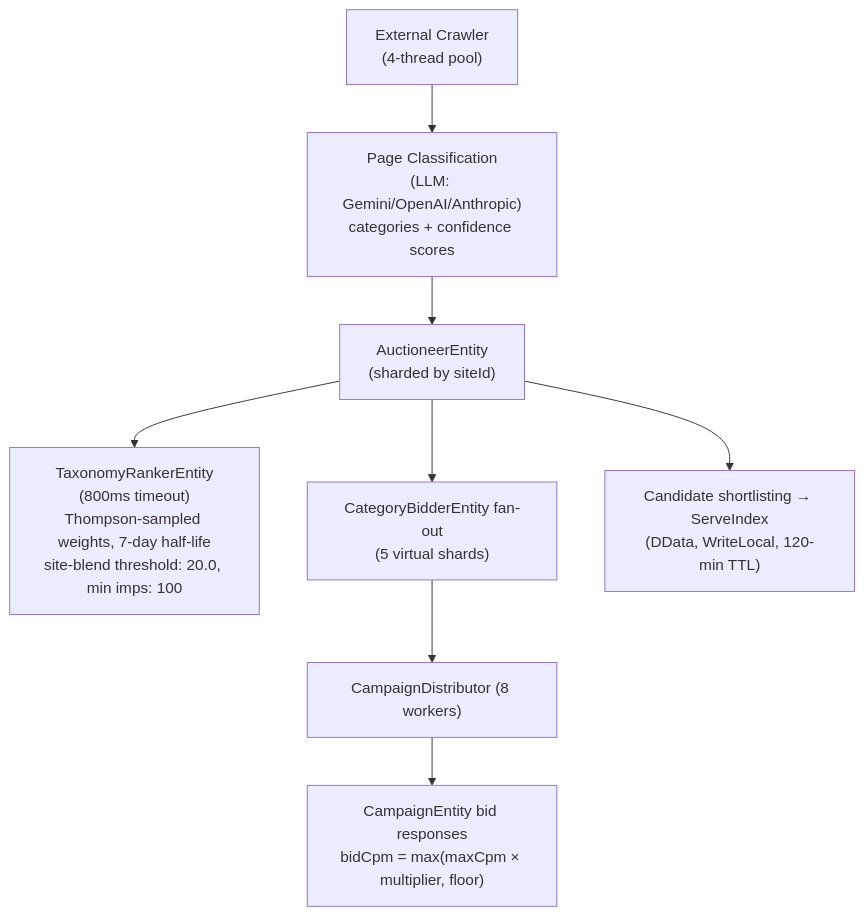
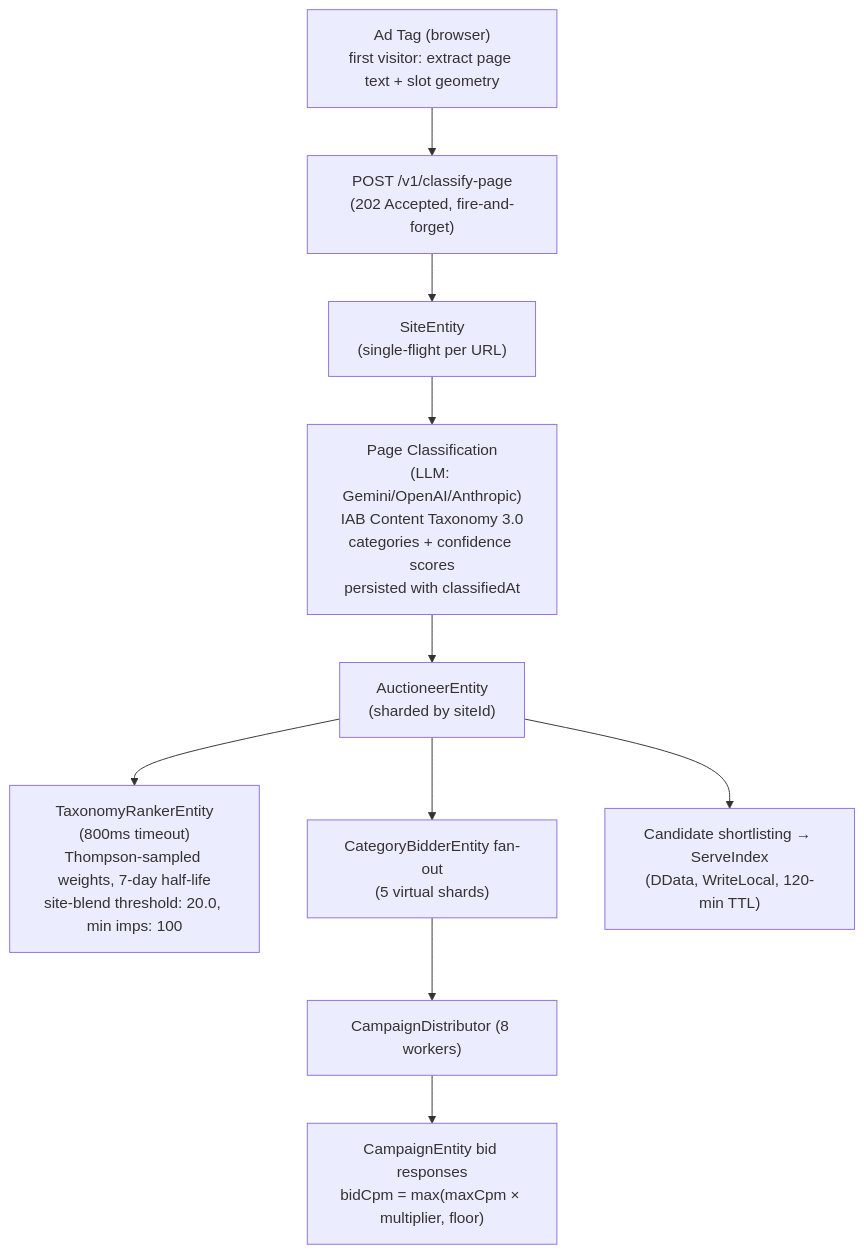
Before and after one commit to promovolve/promovolve-book: the first of 2 diagrams in src/architecture/data-flow.md, drawn with Mermaid. The commit also changed other lines of this file and 24 other files, not shown here.

````diff
--- a/src/architecture/data-flow.md
+++ b/src/architecture/data-flow.md
@@ -9,10 +11,12 @@
 ```mermaid
 graph TD
-    Crawler["External Crawler<br/>(4-thread pool)"] --> Classification["Page Classification<br/>(LLM: Gemini/OpenAI/Anthropic)<br/>categories + confidence scores"]
+    AdTag["Ad Tag (browser)<br/>first visitor: extract page text + slot geometry"] --> ClassifyEP["POST /v1/classify-page<br/>(202 Accepted, fire-and-forget)"]
+    ClassifyEP --> Site["SiteEntity<br/>(single-flight per URL)"]
+    Site --> Classification["Page Classification<br/>(LLM: Gemini/OpenAI/Anthropic)<br/>IAB Content Taxonomy 3.0<br/>categories + confidence scores<br/>persisted with classifiedAt"]
     Classification --> Auctioneer["AuctioneerEntity<br/>(sharded by siteId)"]
     Auctioneer --> Taxonomy["TaxonomyRankerEntity<br/>(800ms timeout)<br/>Thompson-sampled weights, 7-day half-life<br/>site-blend threshold: 20.0, min imps: 100"]
     Auctioneer --> CatBid["CategoryBidderEntity fan-out<br/>(5 virtual shards)"]
     CatBid --> CampDist["CampaignDistributor (8 workers)"]
     CampDist --> CampResp["CampaignEntity bid responses<br/>bidCpm = max(maxCpm × multiplier, floor)"]
     Auctioneer --> ServeIndex["Candidate shortlisting → ServeIndex<br/>(DData, WriteLocal, 120-min TTL)"]
 ```
````
